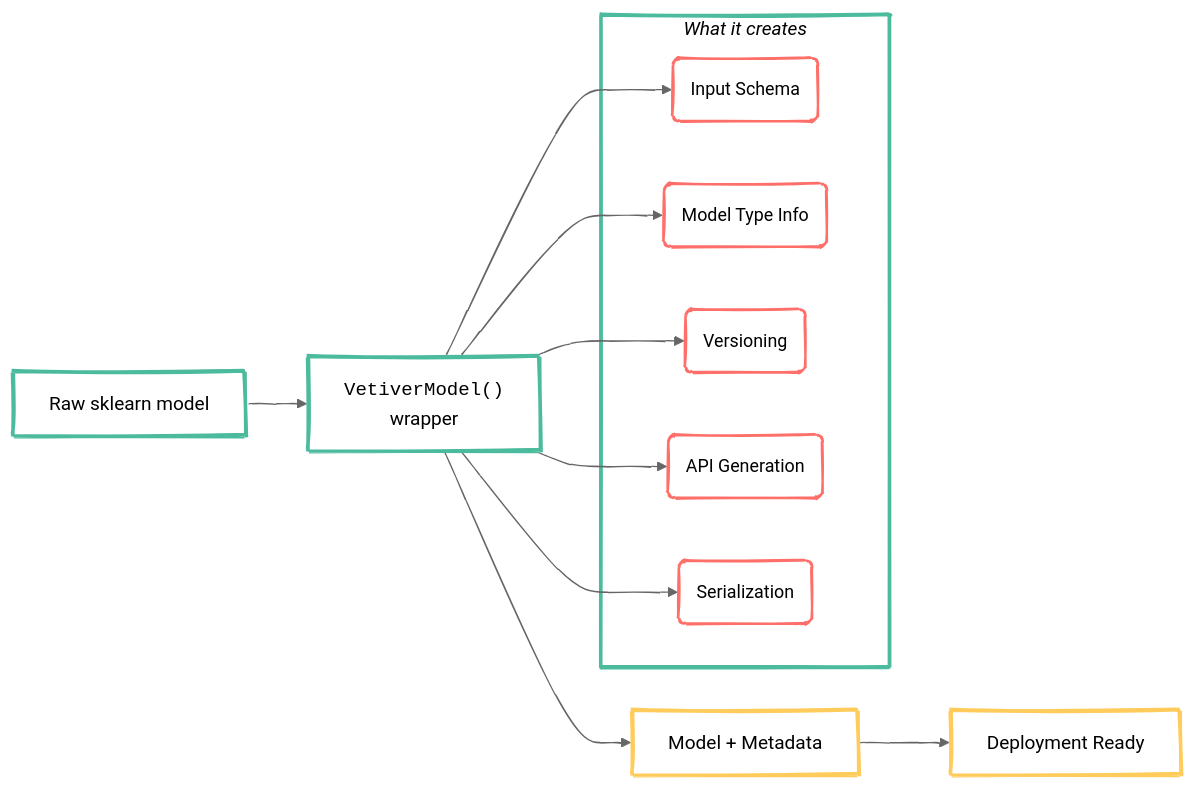
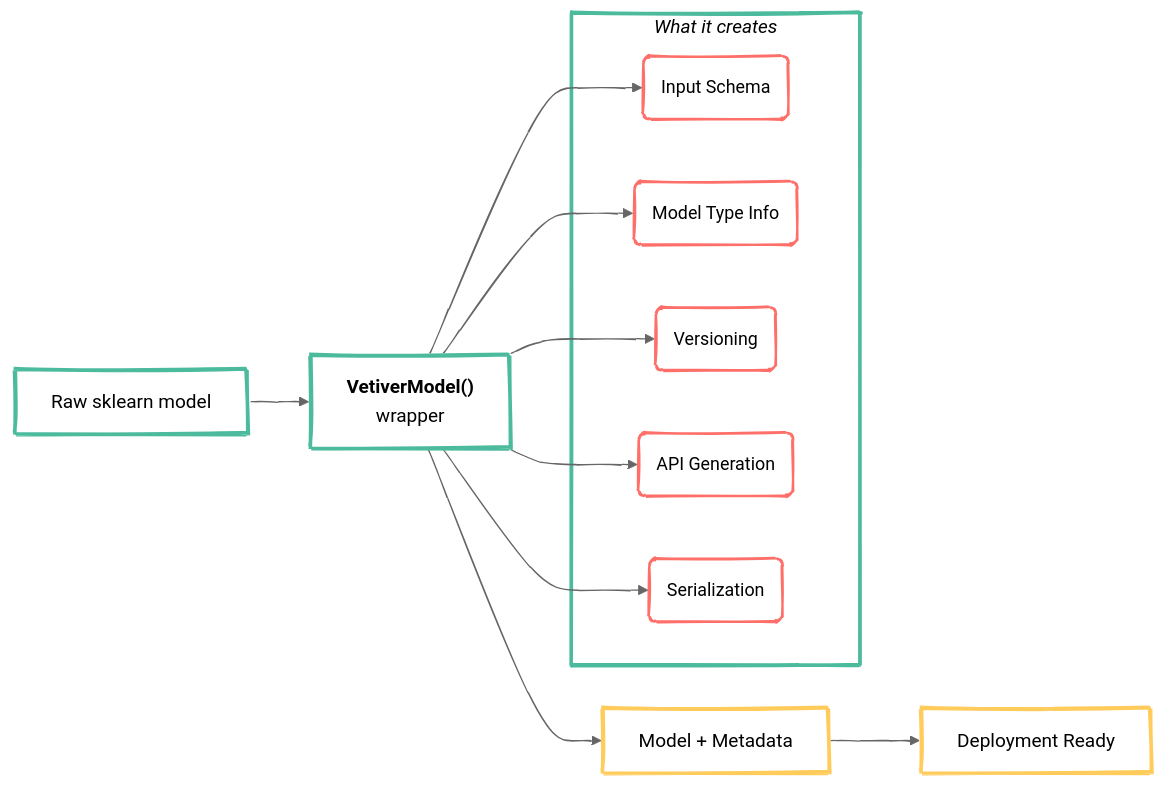
One commit to mjfrigaard/do4ds-labs changed the second of 5 diagrams in lab2.qmd. Above: the diagram before and after it, drawn with Mermaid. The commit also changed other lines of this file and 34 other files, not shown here.

Commit message:
updates to mermaid

````diff
--- a/lab2.qmd
+++ b/lab2.qmd
@@ -243,38 +243,38 @@
 ```{mermaid}
 %%| fig-cap: 'VetiverModel()'
 %%| fig-align: center
 %%{init: {'theme': 'neutral', 'look': 'handDrawn', 'themeVariables': { 'fontFamily': 'monospace', "fontSize":"16px"}}}%%
 flowchart LR
-    RawMod[Raw sklearn model] --> VMod["<code>VetiverModel()</code><br>wrapper"]
+    RawMod[Raw sklearn model] --> VMod["<strong>VetiverModel()</strong><br>wrapper"]
     VMod --> ModMeta["Model + Metadata"]
     ModMeta --> Dep["Deployment Ready"]
     
     subgraph Vet["<em>What it creates</em>"]
         InSch("Input Schema")
         ModTypeInfo("Model Type Info")
         Ver("Versioning")
         Api("API Generation")
         Ser("Serialization")
     end
     
     VMod --> InSch
     VMod --> ModTypeInfo 
     VMod --> Ver
     VMod --> Api
     VMod --> Ser
     
     %% style %%
     style RawMod fill:#FFF,stroke:#4CBB9D,color:#000,stroke-width:3px,rx:10,ry:10,font-size:16px
     style VMod fill:#FFF,stroke:#4CBB9D,color:#000,stroke-width:3px,rx:10,ry:10,font-size:16px
     style Vet fill:#FFF,stroke:#4CBB9D,color:#000,stroke-width:3px,rx:10,ry:10,font-size:16px
     
     style InSch fill:#FFF,stroke:#ff6f69,color:#000,stroke-width:2px,rx:5,ry:5,font-size:15px
     style ModTypeInfo fill:#FFF,stroke:#ff6f69,color:#000,stroke-width:2px,rx:5,ry:5,font-size:15px
     style Ver fill:#FFF,stroke:#ff6f69,color:#000,stroke-width:2px,rx:5,ry:5,font-size:15px
     style Api fill:#FFF,stroke:#ff6f69,color:#000,stroke-width:2px,rx:5,ry:5,font-size:15px
     style Ser fill:#FFF,stroke:#ff6f69,color:#000,stroke-width:2px,rx:5,ry:5,font-size:15px
     
     style ModMeta fill:#FFF,stroke:#ffcc5c,color:#000,stroke-width:3px,rx:10,ry:10,font-size:16px
     style Dep fill:#FFF,stroke:#ffcc5c,color:#000,stroke-width:3px,rx:10,ry:10,font-size:16px
     
 ```
````
